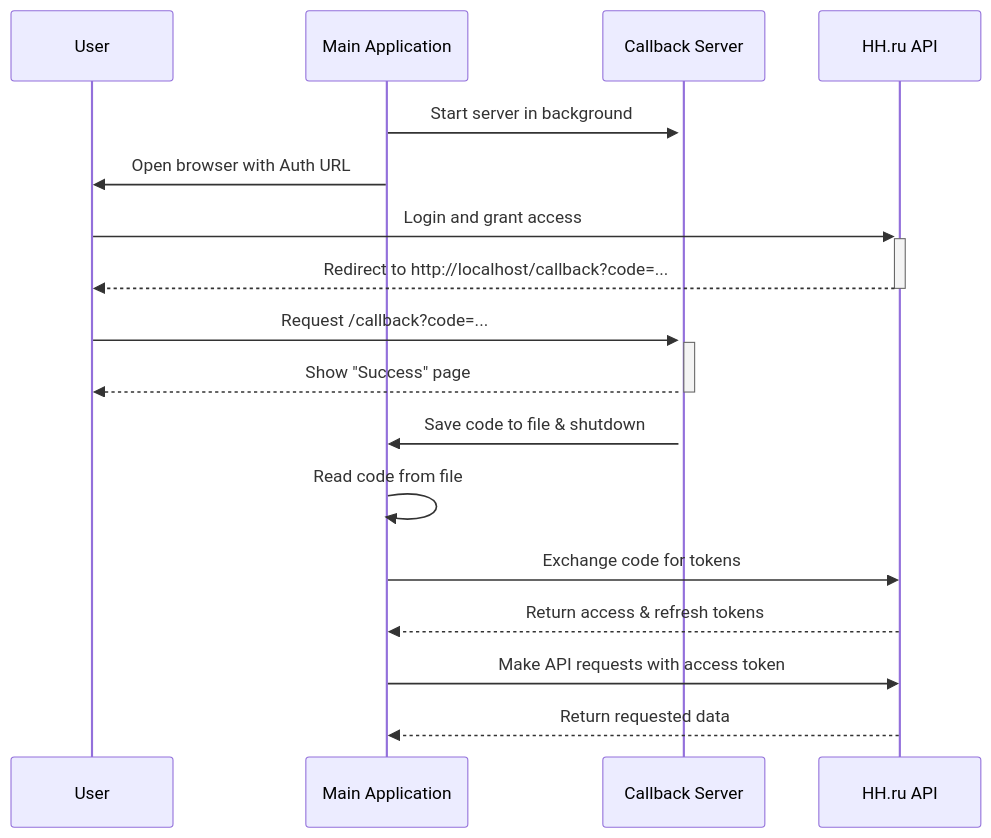
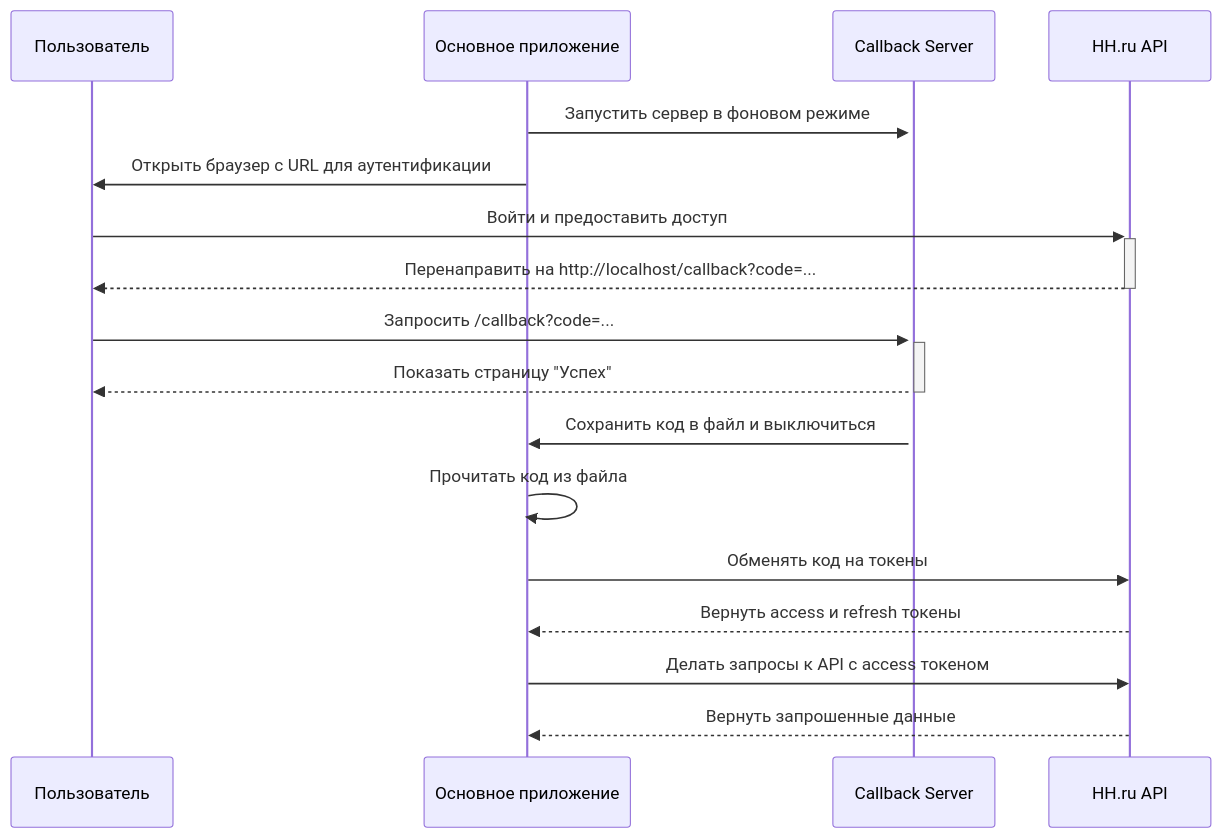
One commit to Maskedxxx/refactor_gpt_4_mini_hackaton_final changed the diagram in docs/architecture/overview.md. Above: the diagram before and after it, drawn with Mermaid. The commit also changed other lines of this file and 2 other files, not shown here.

Commit message:
docs: improve architecture documentation and create changelog
-   **Create `changelog.md`:**
    -   Add a new changelog file to track key architectural and feature changes.
    -   Populate it with a detailed summary of recent changes, including logging, documentation, and metadata enhancements.
-   **Enhance `overview.md`:**
    -   Translate the document to Russian for consistency.
    -   Clarify the roles of `hh_adapter` and `callback_server`.
-   **Improve `hh_adapter.md`:**
    -   Replace the static dependency graph with a `sequenceDiagram` to better illustrate the component's dynamic workflow.
    -   Add detailed sections for "Configuration" and "Example Usage" to improve practical usability.
    -   Refine component descriptions to be more precise.

🤖 Generated with [Claude Code](https://claude.ai/code)

````diff
--- a/docs/architecture/overview.md
+++ b/docs/architecture/overview.md
@@ -17,20 +17,20 @@
 ```mermaid
 sequenceDiagram
-    participant User
-    participant App as Main Application
+    participant User as Пользователь
+    participant App as Основное приложение
     participant Callback as Callback Server
     participant HH as HH.ru API
 
-    App->>+Callback: Start server in background
-    App->>User: Open browser with Auth URL
-    User->>+HH: Login and grant access
-    HH-->>-User: Redirect to http://localhost/callback?code=...
-    User->>+Callback: Request /callback?code=...
-    Callback-->>-User: Show "Success" page
-    Callback->>App: Save code to file & shutdown
-    App->>App: Read code from file
-    App->>HH: Exchange code for tokens
-    HH-->>App: Return access & refresh tokens
-    App->>HH: Make API requests with access token
-    HH-->>App: Return requested data
+    App->>+Callback: Запустить сервер в фоновом режиме
+    App->>User: Открыть браузер с URL для аутентификации
+    User->>+HH: Войти и предоставить доступ
+    HH-->>-User: Перенаправить на http://localhost/callback?code=...
+    User->>+Callback: Запросить /callback?code=...
+    Callback-->>-User: Показать страницу "Успех"
+    Callback->>App: Сохранить код в файл и выключиться
+    App->>App: Прочитать код из файла
+    App->>HH: Обменять код на токены
+    HH-->>App: Вернуть access и refresh токены
+    App->>HH: Делать запросы к API с access токеном
+    HH-->>App: Вернуть запрошенные данные
 ```
````
